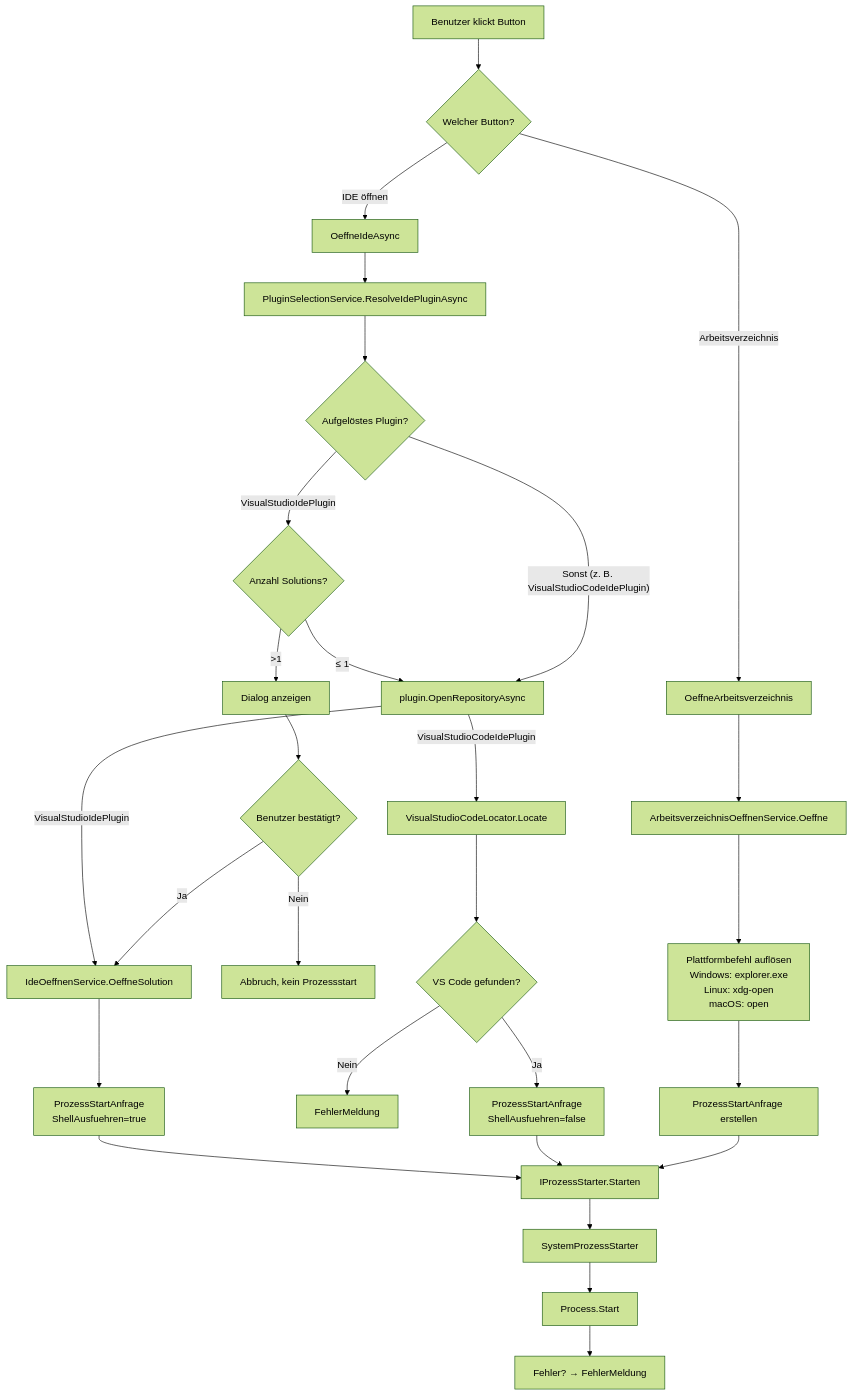
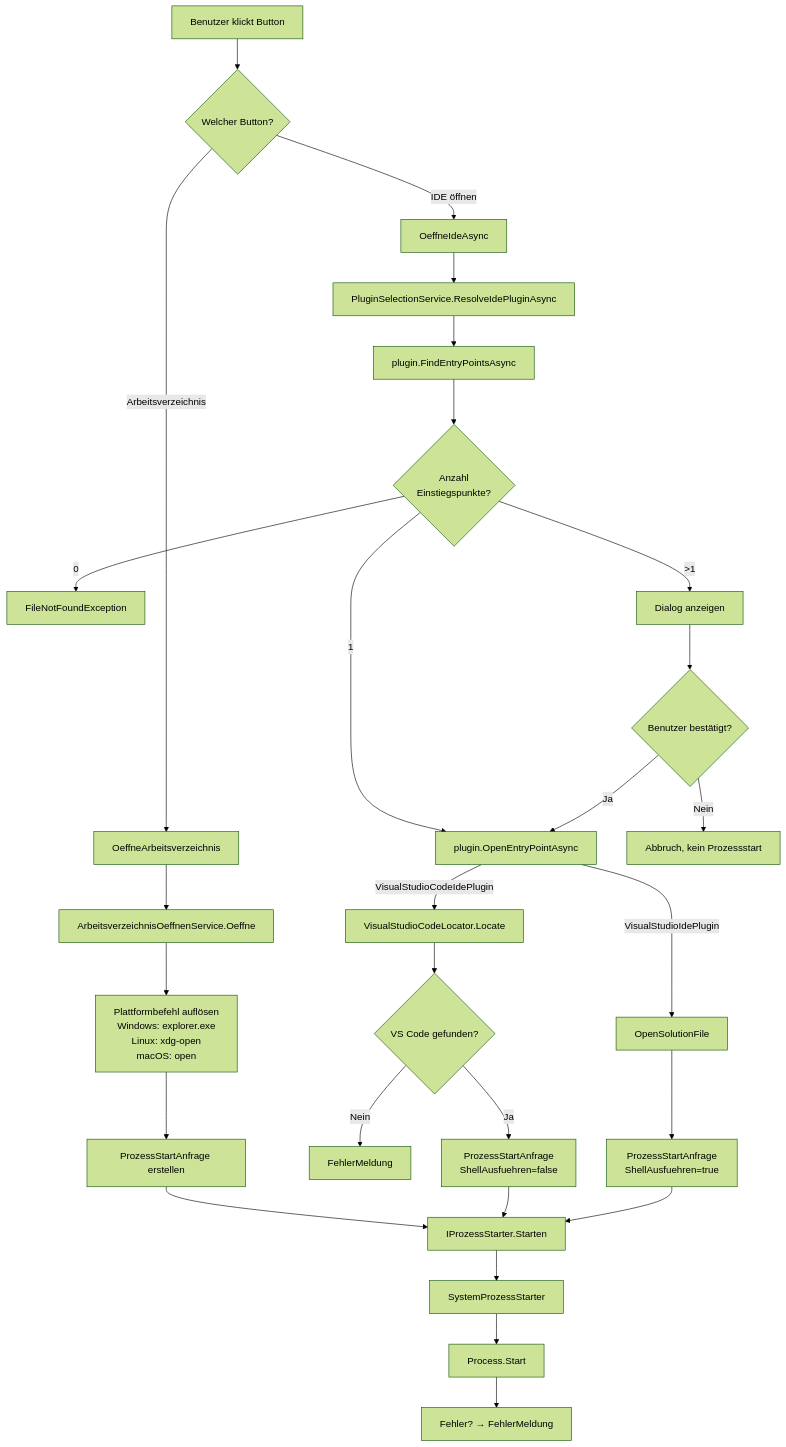
The diagram in docs/help/dateisystem-integration/ablauf-technisch.md (martin-stromberg/Softwareschmiede), drawn with Mermaid (forest theme) before and after one commit. The commit also changed other lines of this file and 21 other files, not shown here.

First line of the commit message:
feat: IDE-Plugins generisch mehrere Einstiegspunkte finden und oeffnen lassen

````diff
--- a/docs/help/dateisystem-integration/ablauf-technisch.md
+++ b/docs/help/dateisystem-integration/ablauf-technisch.md
@@ -118,32 +121,32 @@
 ```mermaid
 flowchart TD
     A["Benutzer klickt Button"] --> B{"Welcher Button?"}
     B -->|Arbeitsverzeichnis| C["OeffneArbeitsverzeichnis"]
     B -->|IDE öffnen| D["OeffneIdeAsync"]
     
     C --> E["ArbeitsverzeichnisOeffnenService.Oeffne"]
     E --> F["Plattformbefehl auflösen<br/>Windows: explorer.exe<br/>Linux: xdg-open<br/>macOS: open"]
     F --> G["ProzessStartAnfrage erstellen"]
     G --> H["IProzessStarter.Starten"]
     H --> I["SystemProzessStarter"]
     I --> J["Process.Start"]
     J --> K["Fehler? → FehlerMeldung"]
     
     D --> L["PluginSelectionService.ResolveIdePluginAsync"]
-    L --> M{"Aufgelöstes Plugin?"}
-    M -->|VisualStudioIdePlugin| M2{"Anzahl Solutions?"}
-    M -->|"Sonst (z. B. VisualStudioCodeIdePlugin)"| Z["plugin.OpenRepositoryAsync"]
-    M2 -->|"≤ 1"| Z
-    M2 -->|">1"| P["Dialog anzeigen"]
+    L --> L2["plugin.FindEntryPointsAsync"]
+    L2 --> M{"Anzahl<br/>Einstiegspunkte?"}
+    M -->|0| M0["FileNotFoundException"]
+    M -->|1| Z["plugin.OpenEntryPointAsync"]
+    M -->|">1"| P["Dialog anzeigen"]
     P --> Q{"Benutzer bestätigt?"}
     Q -->|Nein| R["Abbruch, kein Prozessstart"]
-    Q -->|Ja| S["IdeOeffnenService.OeffneSolution"]
-    Z -->|VisualStudioIdePlugin| S
+    Q -->|Ja| Z
+    Z -->|VisualStudioIdePlugin| S["OpenSolutionFile"]
     Z -->|VisualStudioCodeIdePlugin| V["VisualStudioCodeLocator.Locate"]
     V --> W{"VS Code gefunden?"}
     W -->|Nein| X["FehlerMeldung"]
     W -->|Ja| Y["ProzessStartAnfrage<br/>ShellAusfuehren=false"]
     Y --> H
     S --> T["ProzessStartAnfrage<br/>ShellAusfuehren=true"]
     T --> H
 ```
````
